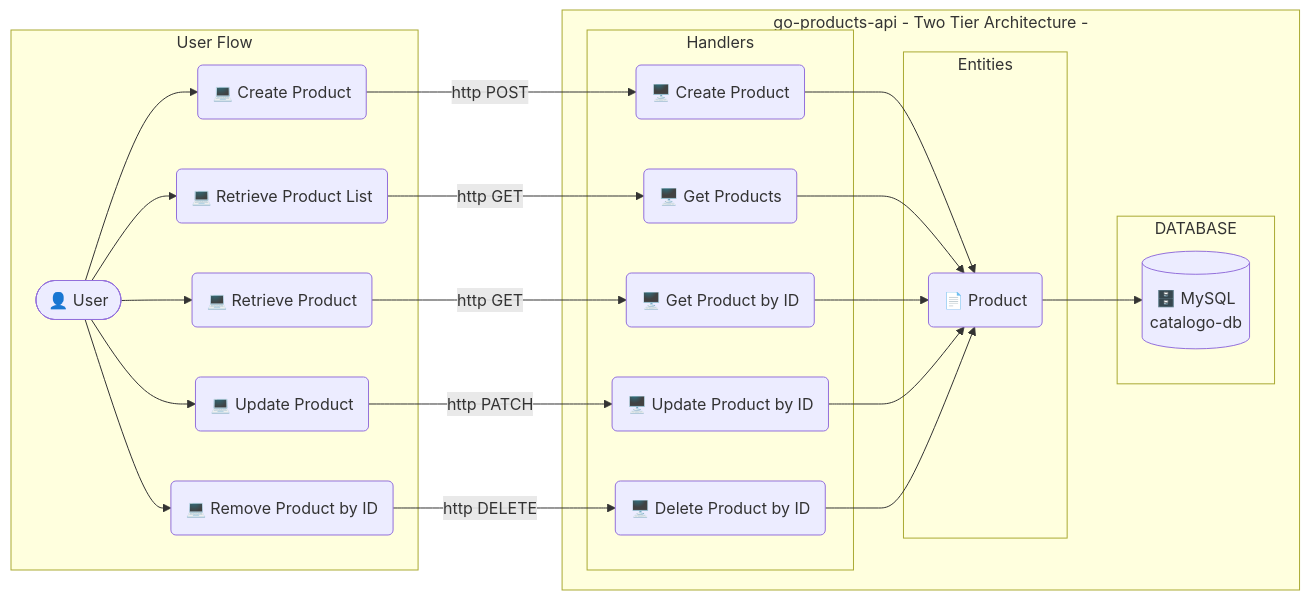
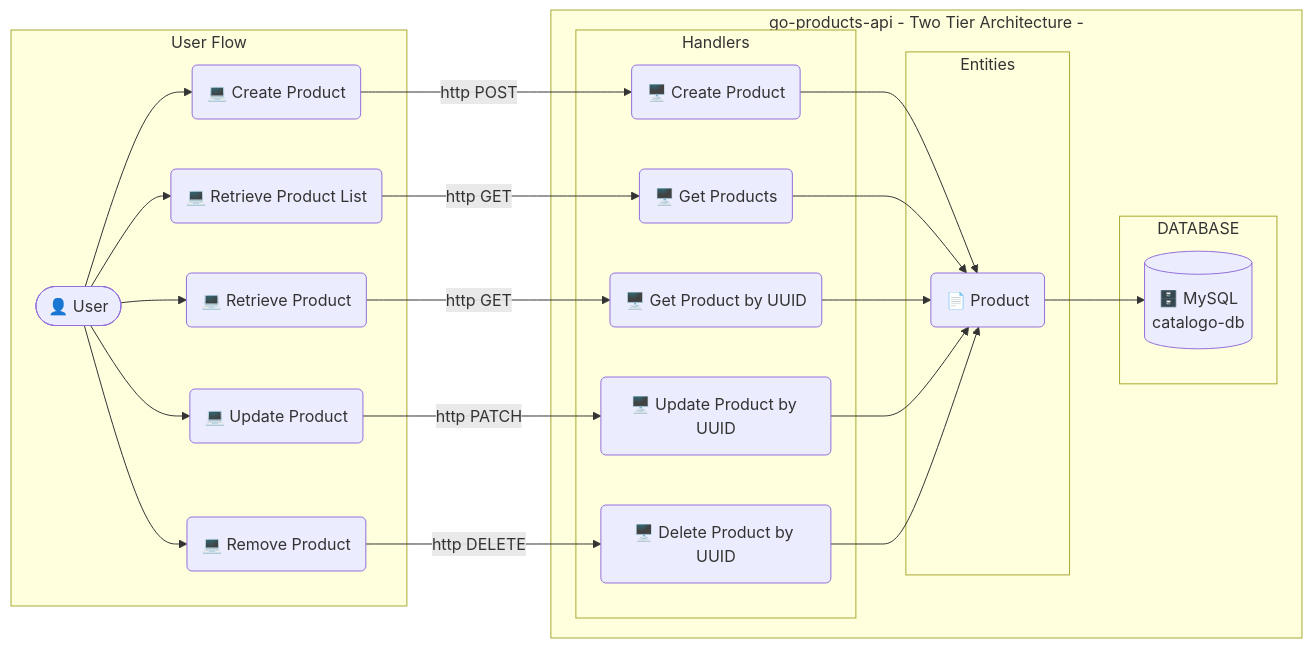
Before and after one commit to jtonynet/go-products-api: the diagram in README.md, drawn with Mermaid. The commit also changed other lines of this file and 10 other files, not shown here.

````diff
--- a/README.md
+++ b/README.md
@@ -142,50 +164,50 @@
 ```mermaid
 graph LR
     subgraph User Flow
       ADMIN(["👤 User"])
 
       ADMIN --> CREATE_PRODUCT("💻 Create Product")
       ADMIN --> RETRIEVE_PRODUCT_LIST("💻 Retrieve Product List")
       ADMIN --> RETRIEVE_PRODUCT("💻 Retrieve Product")
       ADMIN --> UPDATE_PRODUCT("💻 Update Product")
-      ADMIN --> REMOVE_PRODUCT_BY_ID("💻 Remove Product by ID")
+      ADMIN --> REMOVE_PRODUCT("💻 Remove Product")
     end
 
     subgraph go-products-api - Two Tier Architecture -
       subgraph Handlers
         API_CREATE_PRODUCT("🖥️ Create Product")
         API_GET_PRODUCTS("🖥️ Get Products")
-        API_GET_PRODUCT("🖥️ Get Product by ID")
-        API_UPDATE_PRODUCT("🖥️ Update Product by ID")
-        API_DELETE_PRODUCT_BY_ID("🖥️ Delete Product by ID")
+        API_GET_PRODUCT("🖥️ Get Product by UUID")
+        API_UPDATE_PRODUCT("🖥️ Update Product by UUID")
+        API_DELETE_PRODUCT_BY_ID("🖥️ Delete Product by UUID")
       end
 
 
       subgraph Entities
         ENTITY_PRODUCT("📄 Product")
       end
 
       subgraph DATABASE
         CATALOGO_DB[("🗄️ MySQL <br/> catalogo-db")]
       end 
     end
   
 
   CREATE_PRODUCT -->|http POST| API_CREATE_PRODUCT
   RETRIEVE_PRODUCT_LIST -->|http GET| API_GET_PRODUCTS
   RETRIEVE_PRODUCT -->|http GET| API_GET_PRODUCT
   UPDATE_PRODUCT -->|http PATCH| API_UPDATE_PRODUCT
-  REMOVE_PRODUCT_BY_ID -->|http DELETE| API_DELETE_PRODUCT_BY_ID
+  REMOVE_PRODUCT -->|http DELETE| API_DELETE_PRODUCT_BY_ID
 
 
   API_CREATE_PRODUCT-->ENTITY_PRODUCT
   API_GET_PRODUCTS-->ENTITY_PRODUCT
   API_GET_PRODUCT-->ENTITY_PRODUCT
   API_UPDATE_PRODUCT-->ENTITY_PRODUCT 
   API_DELETE_PRODUCT_BY_ID-->ENTITY_PRODUCT
 
 
 
 
   ENTITY_PRODUCT-->CATALOGO_DB
 ```
````
